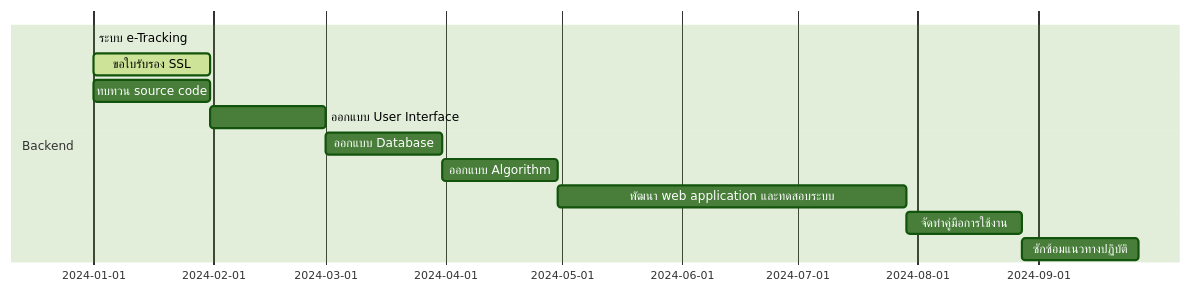
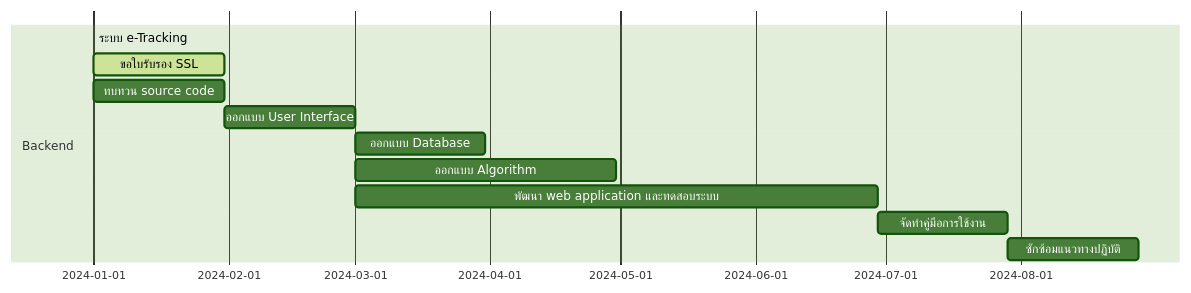
One commit to Kietpawpan/e-tracking changed the diagram in README.md. Above: the diagram before and after it, drawn with Mermaid (forest theme).

````diff
--- a/README.md
+++ b/README.md
@@ -6,15 +6,15 @@
 ```mermaid
 gantt
     section Backend
     ระบบ e-Tracking :done,    des1, 2024-01-01,2024-01-30
     ขอใบรับรอง SSL        :active, des2, after des1, 30d
     ทบทวน source code  :         des3, after des1, 30d
     ออกแบบ User Interface  :         des4, after des3, 30d
     ออกแบบ Database   :         des5, after des4, 30d
-    ออกแบบ Algorithm   :         des6, after des5, 30d
-    พัฒนา web application และทดสอบระบบ   :         des7, after des6, 90d
+    ออกแบบ Algorithm   :         des6, after des4, 60d
+    พัฒนา web application และทดสอบระบบ   :         des7, after des4, 120d
     จัดทำคู่มือการใช้งาน   :         des8, after des7, 30d
     ซักซ้อมแนวทางปฏิบัติ   :         des9, after des8, 30d
 
 
 ```
````
